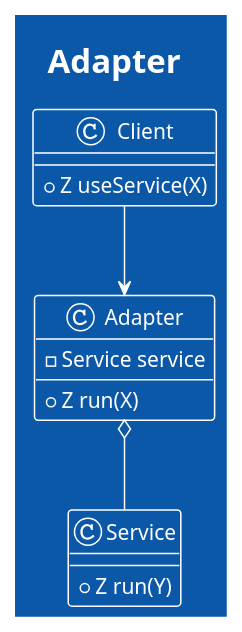
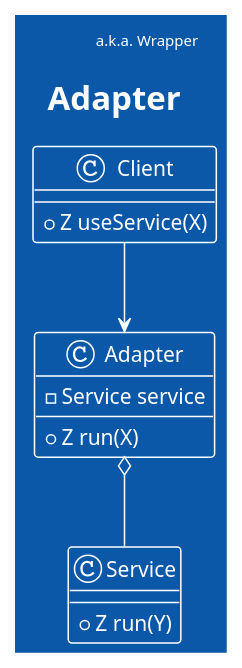
Before and after one commit to shuaibird/design-patterns-diagram: the diagram in structural/adapter.wsd, drawn with PlantUML. The commit also changed 4 other files, not shown here.

```diff
--- a/structural/adapter.wsd
+++ b/structural/adapter.wsd
@@ -1,20 +1,21 @@
 @startuml Adapter
 title Adapter
+header a.k.a. Wrapper
 !theme amiga
 
 class Client {
   + Z useService(X)
 }
 
 class Adapter {
   - Service service
   + Z run(X)
 }
 
 class Service {
   + Z run(Y)
 }
 
 Client --> Adapter
 Adapter o-- Service
 @enduml
```
